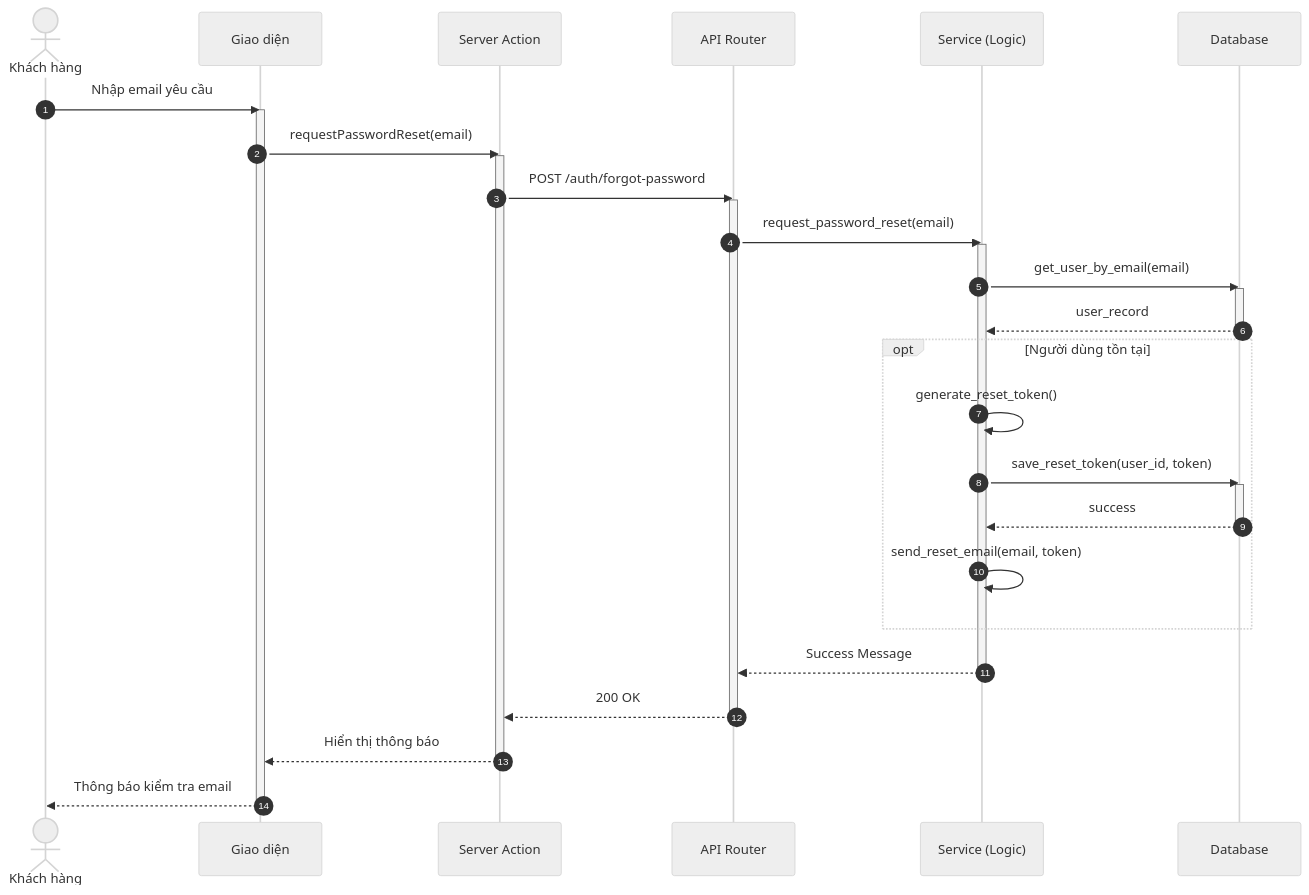
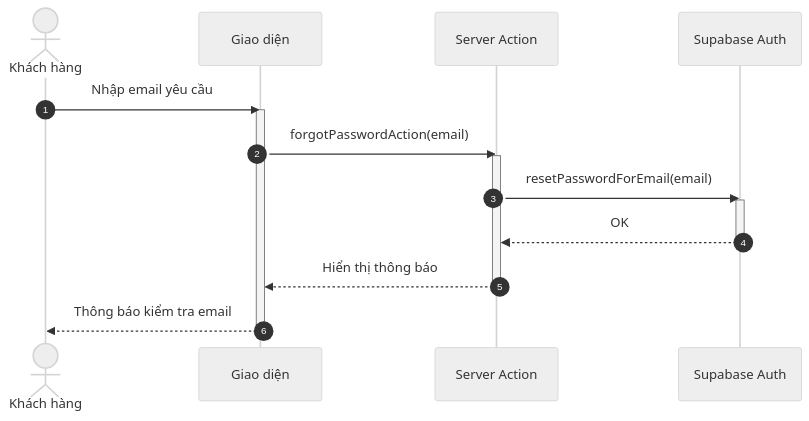
The fourth of 8 diagrams in docs/design/sequences/authentication.md (ngoctinn/Synapse), drawn with Mermaid (neutral theme) before and after one commit. The commit also changed other lines of this file and 4 other files, not shown here.

Commit message:
docs: Add initial sequence diagrams for authentication, admin, customer, receptionist, and technician flows.

````diff
--- a/docs/design/sequences/authentication.md
+++ b/docs/design/sequences/authentication.md
@@ -178,47 +113,24 @@
 ```mermaid
 sequenceDiagram
     autonumber
     actor KH as Khách hàng
     participant UI as Giao diện
     participant BFF as Server Action
-    participant API as API Router
-    participant S as Service (Logic)
-    participant DB as Database
+    participant SUPA as Supabase Auth
 
     KH->>UI: Nhập email yêu cầu
     activate UI
-    UI->>BFF: requestPasswordReset(email)
+    UI->>BFF: forgotPasswordAction(email)
     activate BFF
 
-    BFF->>API: POST /auth/forgot-password
-    activate API
-
-    API->>S: request_password_reset(email)
-    activate S
-
-    S->>DB: get_user_by_email(email)
-    activate DB
-    DB-->>S: user_record
-    deactivate DB
-
-    opt Người dùng tồn tại
-        S->>S: generate_reset_token()
-        S->>DB: save_reset_token(user_id, token)
-        activate DB
-        DB-->>S: success
-        deactivate DB
-        S->>S: send_reset_email(email, token)
-    end
-
-    S-->>API: Success Message
-    deactivate S
-
-    API-->>BFF: 200 OK
-    deactivate API
+    BFF->>SUPA: resetPasswordForEmail(email)
+    activate SUPA
+    SUPA-->>BFF: OK
+    deactivate SUPA
 
     BFF-->>UI: Hiển thị thông báo
     deactivate BFF
 
     UI-->>KH: Thông báo kiểm tra email
     deactivate UI
 ```
````
